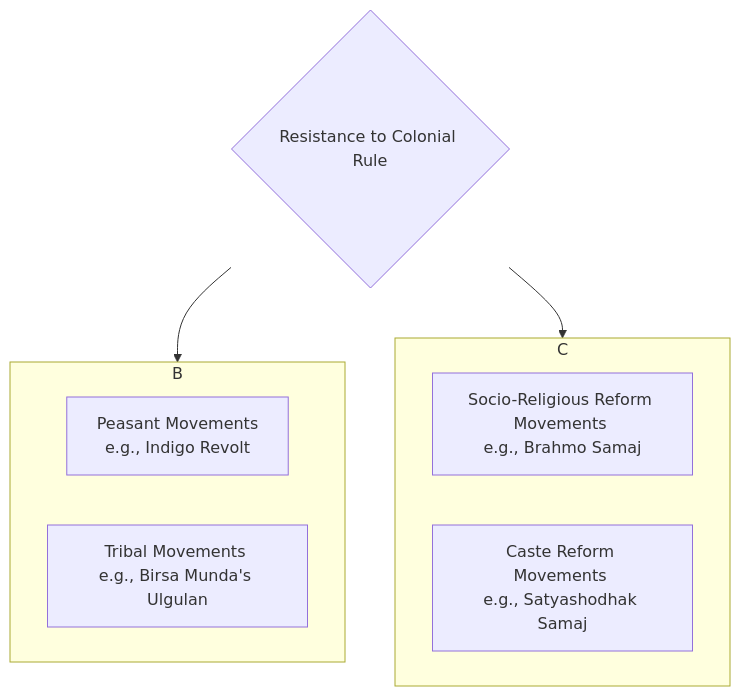
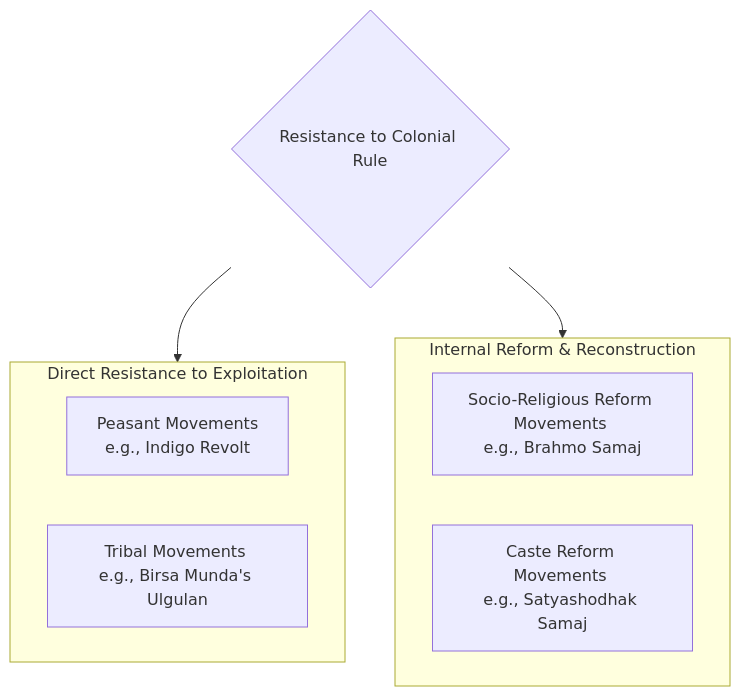
One commit to elevate0123/CSE changed the fourth of 14 diagrams in 06 Sociology/Value Addition/Paper 2 Crisp Notes.md. Above: the diagram before and after it, drawn with Mermaid. The commit also changed other lines of this file and 16 other files, not shown here.

````diff
--- a/06 Sociology/Value Addition/Paper 2 Crisp Notes.md
+++ b/06 Sociology/Value Addition/Paper 2 Crisp Notes.md
@@ -289,16 +289,16 @@
 ```mermaid
 graph TD
     A{Resistance to Colonial Rule};
     A --> B[Direct Resistance to Exploitation];
     A --> C[Internal Reform & Reconstruction];
 
-    subgraph B
+    subgraph B[Direct Resistance to Exploitation]
         B1[Peasant Movements <br/>e.g., Indigo Revolt]
         B2[Tribal Movements <br/>e.g., Birsa Munda's Ulgulan]
     end
 
-    subgraph C
+    subgraph C[Internal Reform & Reconstruction]
         C1[Socio-Religious Reform Movements <br/>e.g., Brahmo Samaj]
         C2[Caste Reform Movements <br/>e.g., Satyashodhak Samaj]
     end
 ```
````
